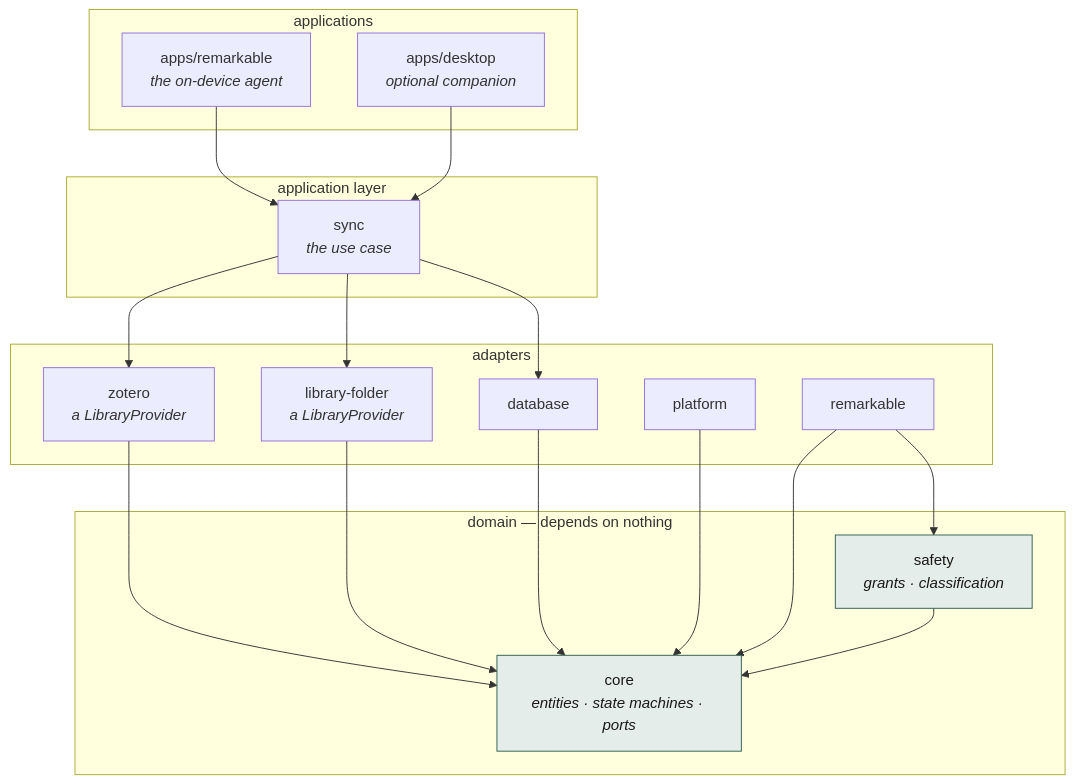
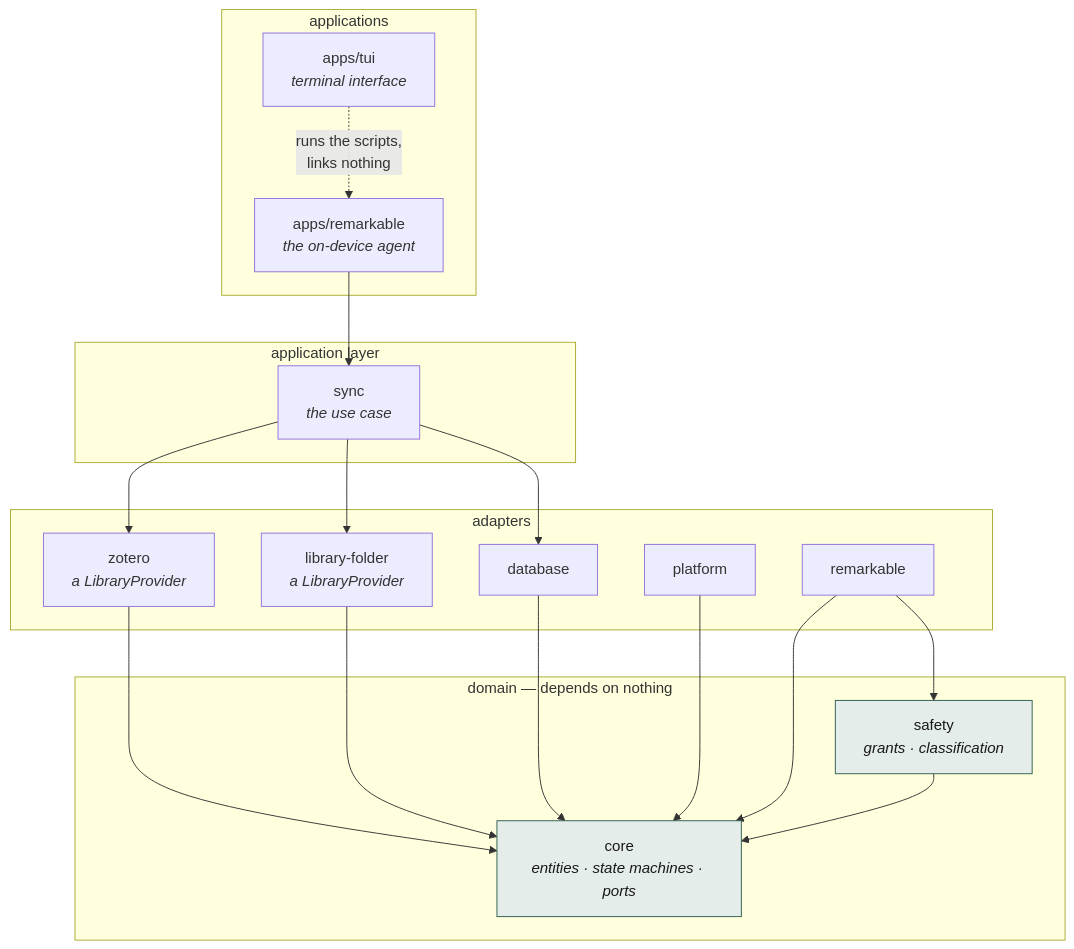
One commit to cyuss/marginalia changed the fourth of 4 diagrams in README.md. Above: the diagram before and after it, drawn with Mermaid. The commit also changed other lines of this file and 44 other files, not shown here.

First line of the commit message:
refactor: one product, one workspace, and a terminal interface

````diff
--- a/README.md
+++ b/README.md
@@ -252,31 +321,31 @@
 ```mermaid
 flowchart TD
     subgraph apps["applications"]
         AG["apps/remarkable<br/><i>the on-device agent</i>"]
-        DK["apps/desktop<br/><i>optional companion</i>"]
+        TU["apps/tui<br/><i>terminal interface</i>"]
     end
     subgraph app["application layer"]
         SY["sync<br/><i>the use case</i>"]
     end
     subgraph adapters["adapters"]
         ZO["zotero<br/><i>a LibraryProvider</i>"]
         FO["library-folder<br/><i>a LibraryProvider</i>"]
         DB["database"]
         PL["platform"]
         RM["remarkable"]
     end
     subgraph domain["domain — depends on nothing"]
         CO["core<br/><i>entities · state machines · ports</i>"]
         SA["safety<br/><i>grants · classification</i>"]
     end
 
     AG --> SY
-    DK --> SY
+    TU -.->|"runs the scripts,<br/>links nothing"| AG
     SY --> ZO & FO & DB
     ZO & FO & DB & PL & RM --> CO
     RM --> SA
     SA --> CO
 
     style CO fill:#E4EDE9,stroke:#2F5D50,color:#1A1917
     style SA fill:#E4EDE9,stroke:#2F5D50,color:#1A1917
 ```
````
